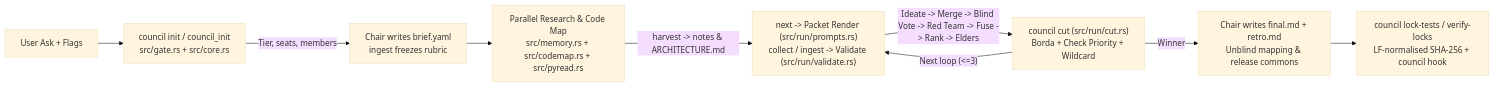
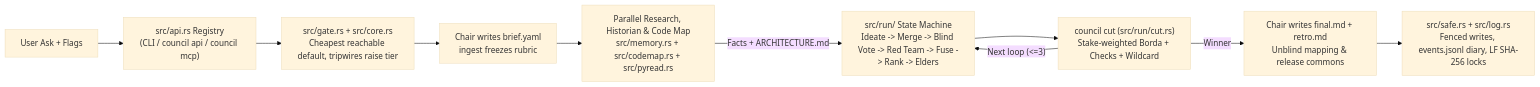
One commit to Set0ri/council-loop changed the diagram in dataflow.md. Above: the diagram before and after it, drawn with Mermaid (base theme). The commit also changed other lines of this file and 135 other files, not shown here.

Commit message:
feat: update council-loop to v0.5.0 (pure Rust API/MCP/CLI, security review, and Windows MSVC fixes)

````diff
--- a/dataflow.md
+++ b/dataflow.md
@@ -22,11 +22,12 @@
 ```mermaid
 flowchart LR
-  Ask["User Ask + Flags"] --> Init["council init / council_init<br/>src/gate.rs + src/core.rs"]
-  Init -->|"Tier, seats, members"| Brief["Chair writes brief.yaml<br/>ingest freezes rubric"]
-  Brief --> Support["Parallel Research & Code Map<br/>src/memory.rs + src/codemap.rs + src/pyread.rs"]
-  Support -->|"harvest -> notes & ARCHITECTURE.md"| LoopStart["next -> Packet Render (src/run/prompts.rs)<br/>collect / ingest -> Validate (src/run/validate.rs)"]
-  LoopStart -->|"Ideate -> Merge -> Blind Vote -> Red Team -> Fuse -> Rank -> Elders"| Cut["council cut (src/run/cut.rs)<br/>Borda + Check Priority + Wildcard"]
-  Cut -->|"Next loop (<=3)"| LoopStart
+  Ask["User Ask + Flags"] --> API["src/api.rs Registry<br/>(CLI / council api / council mcp)"]
+  API --> Gate["src/gate.rs + src/core.rs<br/>Cheapest reachable default, tripwires raise tier"]
+  Gate --> Brief["Chair writes brief.yaml<br/>ingest freezes rubric"]
+  Brief --> Support["Parallel Research, Historian & Code Map<br/>src/memory.rs + src/codemap.rs + src/pyread.rs"]
+  Support -->|"Facts + ARCHITECTURE.md"| Loop["src/run/ State Machine<br/>Ideate -> Merge -> Blind Vote -> Red Team -> Fuse -> Rank -> Elders"]
+  Loop --> Cut["council cut (src/run/cut.rs)<br/>Stake-weighted Borda + Checks + Wildcard"]
+  Cut -->|"Next loop (<=3)"| Loop
   Cut -->|"Winner"| Final["Chair writes final.md + retro.md<br/>Unblind mapping & release commons"]
-  Final --> Locks["council lock-tests / verify-locks<br/>LF-normalised SHA-256 + council hook"]
+  Final --> Safe["src/safe.rs + src/log.rs<br/>Fenced writes, events.jsonl diary, LF SHA-256 locks"]
 ```
````
